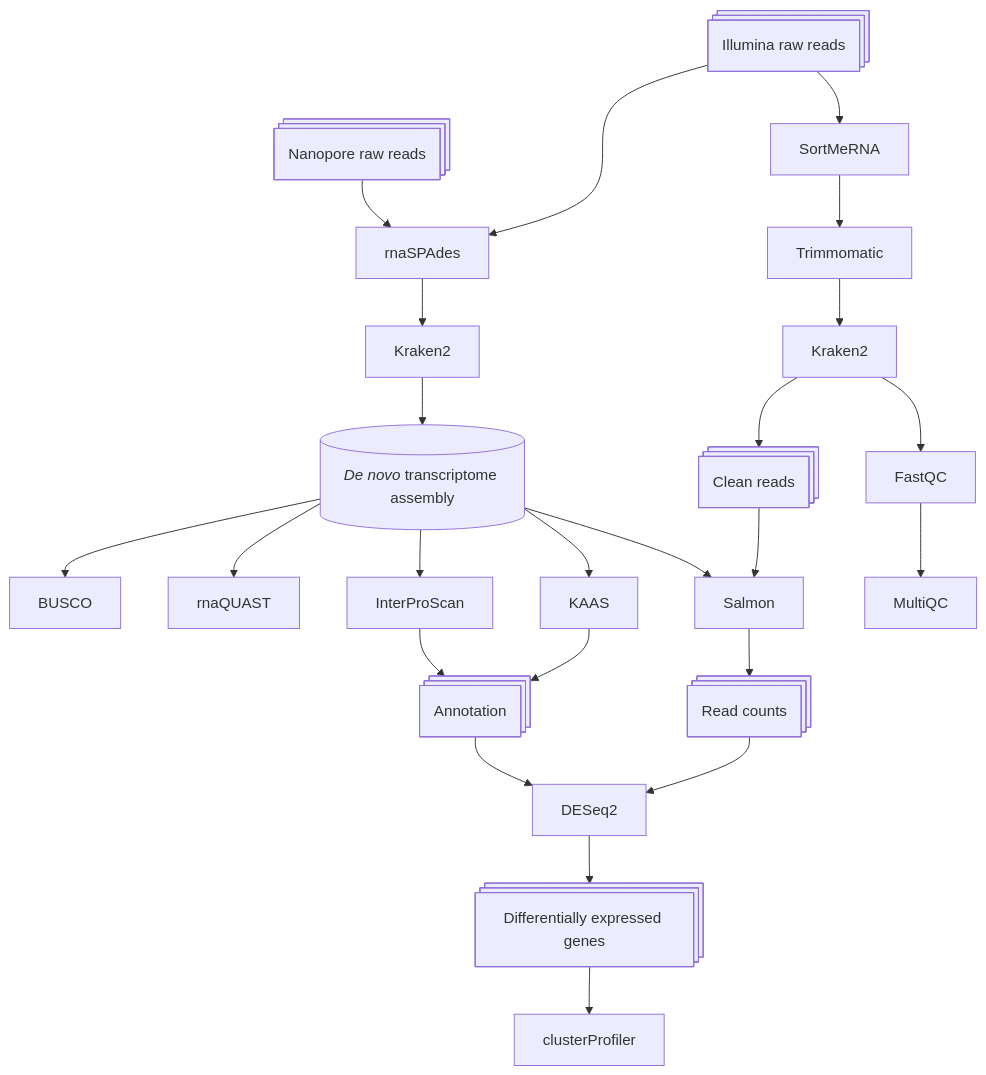
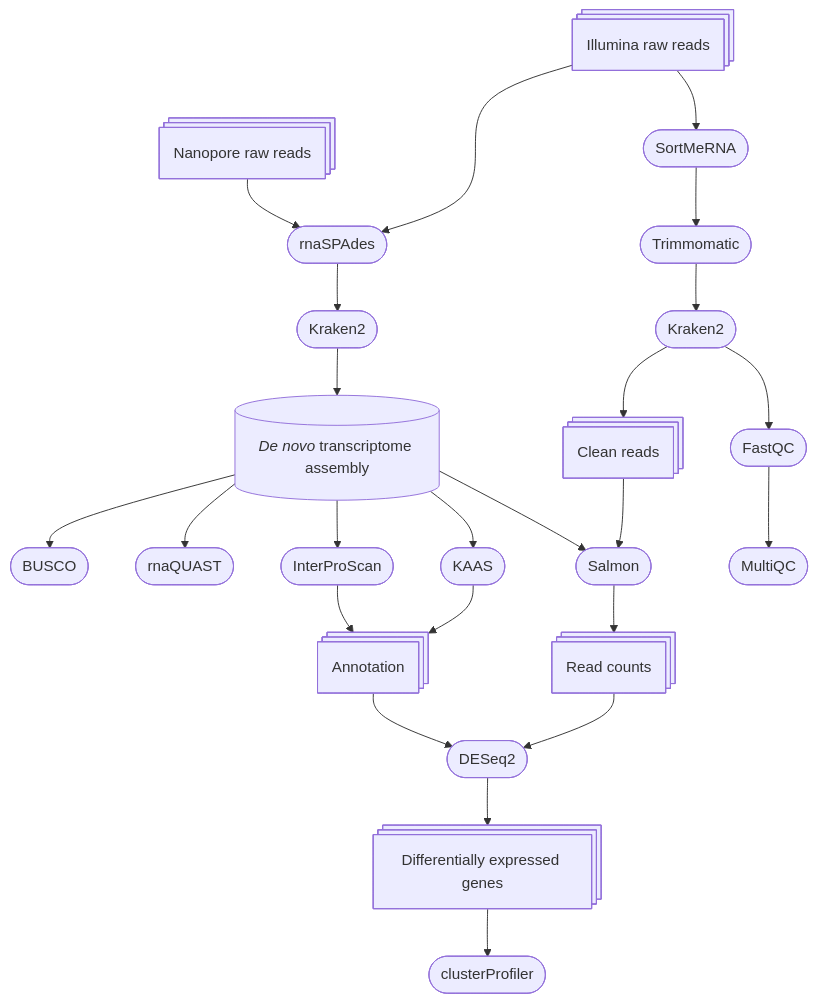
The diagram in README.md (kuprinak/Phragmites_drought_RNAseq), drawn with Mermaid before and after one commit.

````diff
--- a/README.md
+++ b/README.md
@@ -18,26 +18,26 @@
 ```mermaid
 flowchart TB
-    A@{shape: procs, label: "Illumina raw reads"} --> B[SortMeRNA];
-AA@{shape: procs, label: "Nanopore raw reads"} --> G[rnaSPAdes];
+    A@{shape: procs, label: "Illumina raw reads"} --> B([SortMeRNA]);
+AA@{shape: procs, label: "Nanopore raw reads"} --> G([rnaSPAdes]);
 K2 -->T@{shape: cyl, label: "_De novo_ transcriptome assembly"};
-    B --> C[Trimmomatic];
-    C --> K[Kraken2];
+    B --> C([Trimmomatic]);
+    C --> K([Kraken2]);
     K --> F@{shape: procs, label: "Clean reads"};
-    A --> G[rnaSPAdes];
-    G --> K2[Kraken2];
-    T --> BU[BUSCO];
-    T --> Q[rnaQUAST];
-    T --> I[InterProScan];
+    A --> G([rnaSPAdes]);
+    G --> K2([Kraken2]);
+    T --> BU([BUSCO]);
+    T --> Q([rnaQUAST]);
+    T --> I([InterProScan]);
     I --> An@{shape: procs, label: "Annotation"};
     KAAS --> An@{shape: procs, label: "Annotation"};
     An --> R;
-    T --> KAAS[KAAS];  
-    T --> S[Salmon];
-    F --> S[Salmon];
+    T --> KAAS([KAAS]);  
+    T --> S([Salmon]);
+    F --> S([Salmon]);
     S --> q@{shape: procs, label: "Read counts"};
-    q --> R[DESeq2];
+    q --> R([DESeq2]);
     R --> DEG@{shape: procs, label: "Differentially expressed genes"};
-    DEG --> cl[clusterProfiler];
-    K --> E[FastQC];
-    E --> m[MultiQC];
+    DEG --> cl([clusterProfiler]);
+    K --> E([FastQC]);
+    E --> m([MultiQC]);
 ```
````
